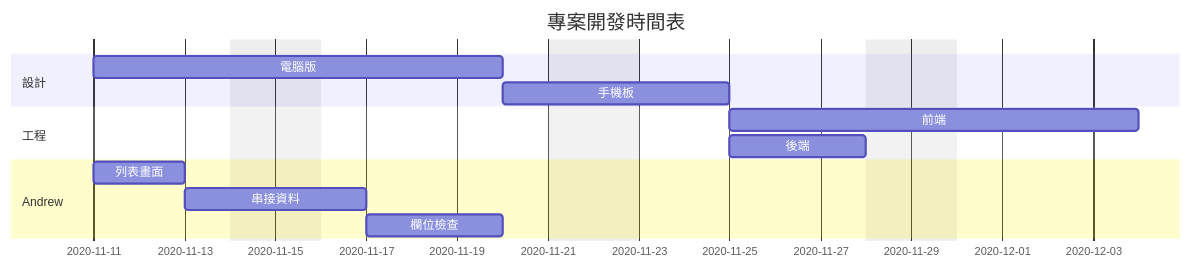
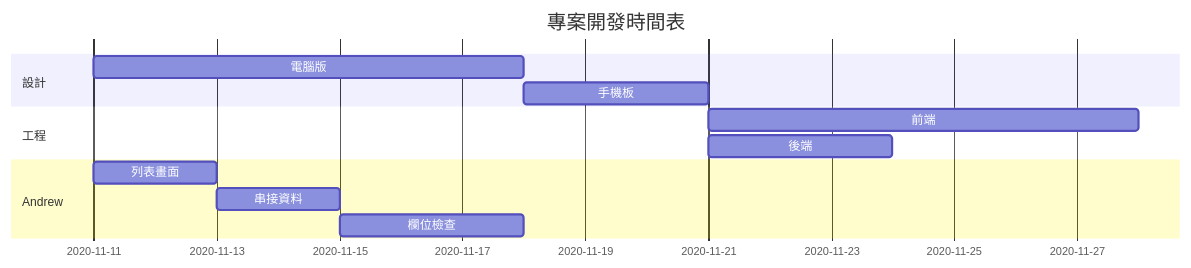
The second of 2 diagrams in markdown.md (azhgit/testRBC), drawn with Mermaid before and after one commit.

````diff
--- a/markdown.md
+++ b/markdown.md
@@ -16,18 +16,17 @@
 ```mermaid
 gantt
 title 專案開發時間表
 dateFormat YYYY-MM-DD
-excludes weekends
 section 設計
 電腦版: d1,2020-11-11,7d
 手機板: d2,after d1, 3d
 section 工程
 前端: after d2, 7d
 後端: after d2, 3d
 
 
 section Andrew
 列表畫面: a1,2020-11-11,2d
 串接資料: a2,after a1,2d
 欄位檢查: after a2,3d
 ```
````
